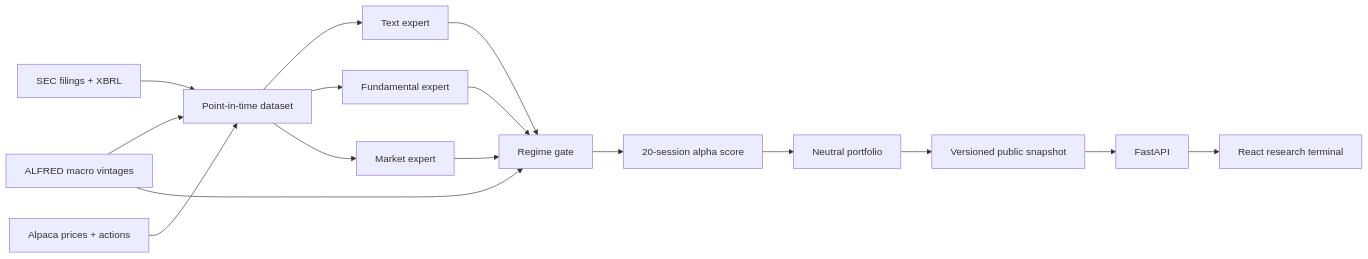
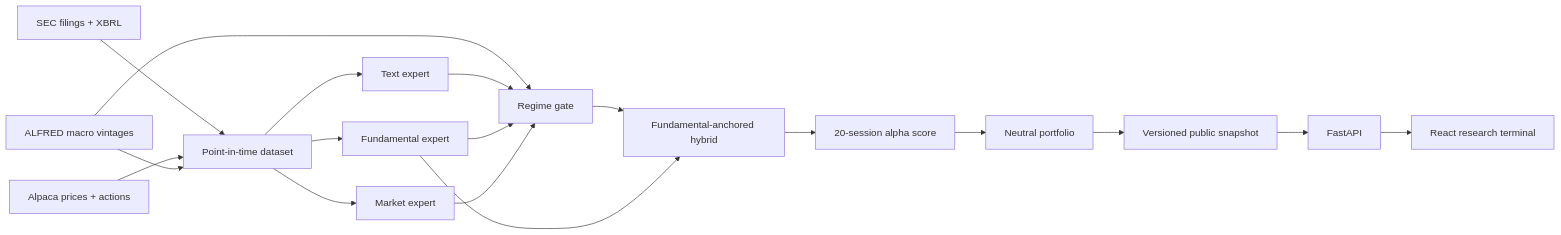
Before and after one commit to hoangnguyen2003/edgar-moe: the diagram in README.md, drawn with Mermaid. The commit also changed other lines of this file and 49 other files, not shown here.

````diff
--- a/README.md
+++ b/README.md
@@ -19,18 +27,20 @@
 ```mermaid
 flowchart LR
   SEC[SEC filings + XBRL] --> PIT[Point-in-time dataset]
   ALP[Alpaca prices + actions] --> PIT
   FRED[ALFRED macro vintages] --> PIT
   PIT --> TEXT[Text expert]
   PIT --> FUND[Fundamental expert]
   PIT --> MKT[Market expert]
   FRED --> GATE[Regime gate]
   TEXT --> GATE
   FUND --> GATE
   MKT --> GATE
-  GATE --> SCORE[20-session alpha score]
+  GATE --> ANCHOR[Fundamental-anchored hybrid]
+  FUND --> ANCHOR
+  ANCHOR --> SCORE[20-session alpha score]
   SCORE --> PORT[Neutral portfolio]
   PORT --> SNAP[Versioned public snapshot]
   SNAP --> API[FastAPI]
   API --> WEB[React research terminal]
 ```
````
